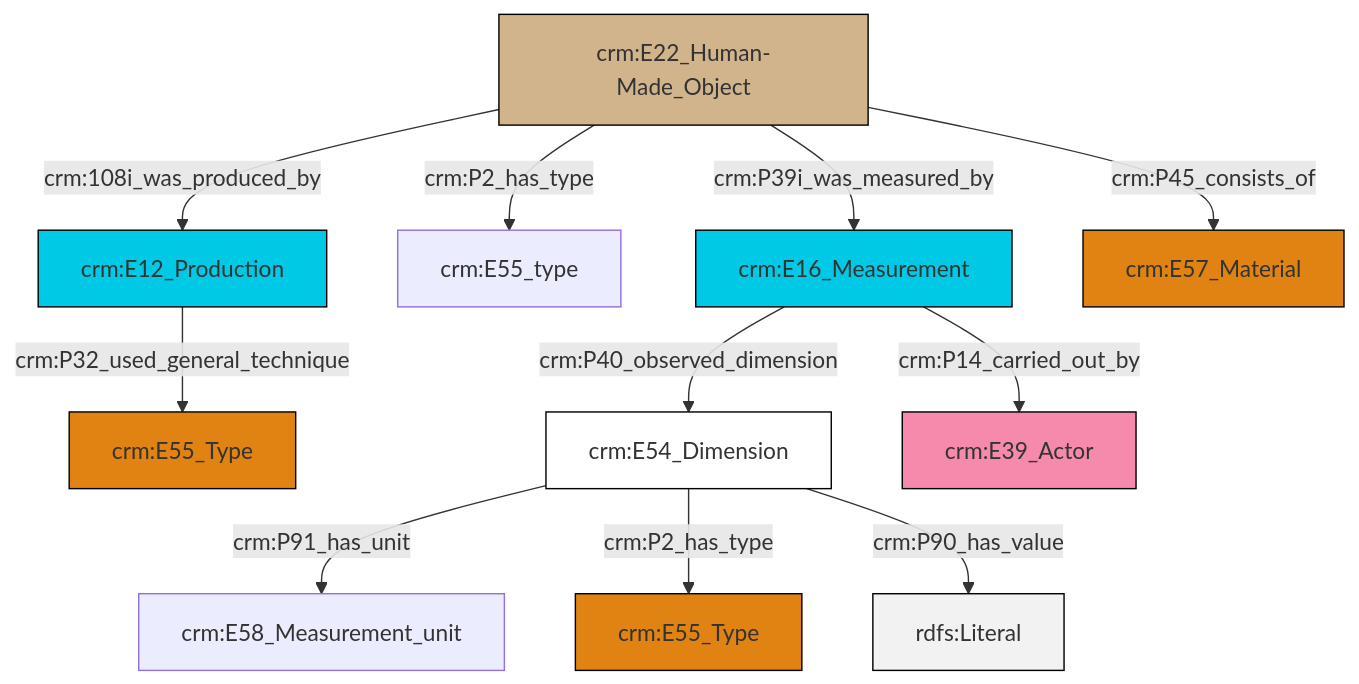
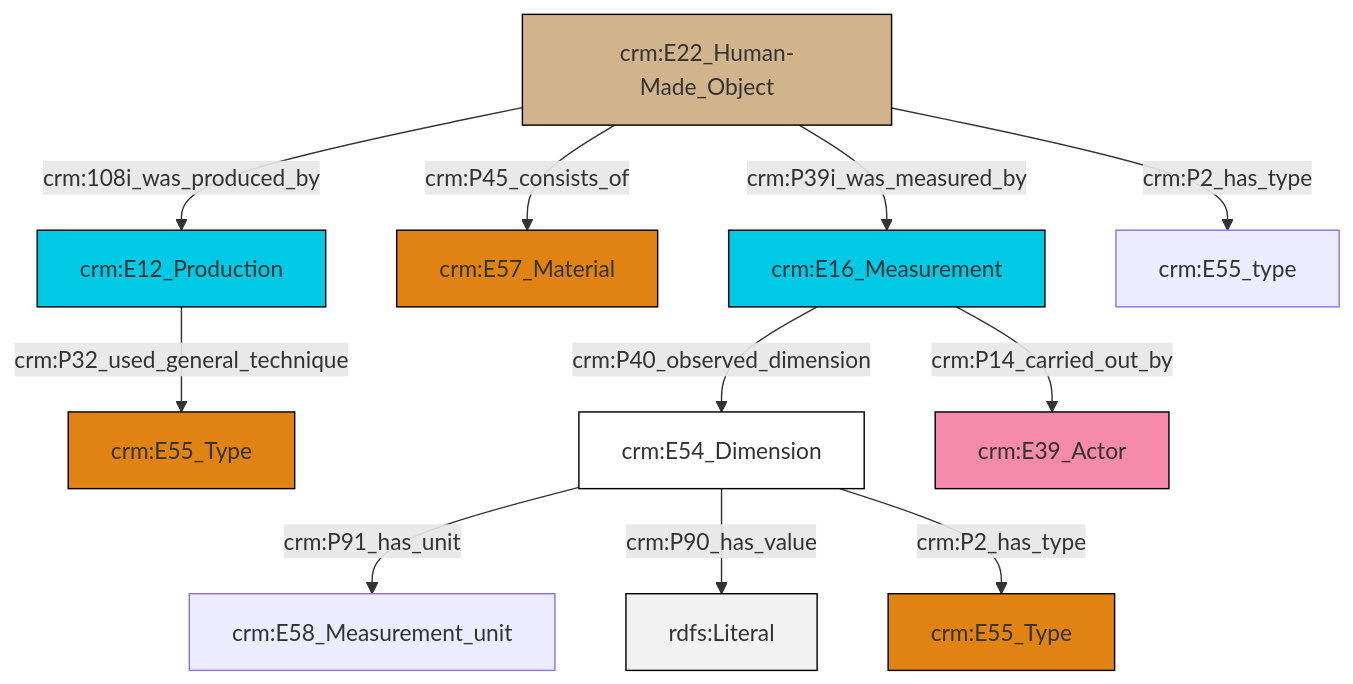
Before and after one commit to swiss-art-research-net/docs.swissartresearch: the diagram in et/artworkCSV/ttl/mmd/Artwork_substance.ttl.mmd, drawn with Mermaid. The commit also changed 173 other files, not shown here.

```diff
--- a/et/artworkCSV/ttl/mmd/Artwork_substance.ttl.mmd
+++ b/et/artworkCSV/ttl/mmd/Artwork_substance.ttl.mmd
@@ -1,25 +1,25 @@
 graph TD
 classDef Literal fill:#f2f2f2,stroke:#000000;
 classDef CRM_Entity fill:#FFFFFF,stroke:#000000;
 classDef Temporal_Entity fill:#00C9E6, stroke:#000000;
 classDef Type fill:#E18312, stroke:#000000;
 classDef Time-Span fill:#2C9C91, stroke:#000000;
 classDef Appellation fill:#FFEB7F, stroke:#000000;
 classDef Place fill:#008836, stroke:#000000;
 classDef Persistent_Item fill:#B266B2, stroke:#000000;
 classDef Conceptual_Object fill:#FFD700, stroke:#000000;
 classDef Physical_Thing fill:#D2B48C, stroke:#000000;
 classDef Actor fill:#f58aad, stroke:#000000;
 classDef PC_Classes fill:#4ce600, stroke:#000000;
 classDef Multi fill:#cccccc,stroke:#000000;
 
-2["crm:E22_Human-Made_Object"]:::Physical_Thing -->|crm:P2_has_type| 3["crm:E55_type"]:::Default
-8["crm:E12_Production"]:::Temporal_Entity -->|crm:P32_used_general_technique| 6["crm:E55_Type"]:::Type
-9["crm:E54_Dimension"]:::CRM_Entity -->|crm:P91_has_unit| 10["crm:E58_Measurement_unit"]:::Default
-0["crm:E16_Measurement"]:::Temporal_Entity -->|crm:P14_carried_out_by| 11["crm:E39_Actor"]:::Actor
-2["crm:E22_Human-Made_Object"]:::Physical_Thing -->|crm:108i_was_produced_by| 8["crm:E12_Production"]:::Temporal_Entity
-0["crm:E16_Measurement"]:::Temporal_Entity -->|crm:P40_observed_dimension| 9["crm:E54_Dimension"]:::CRM_Entity
-9["crm:E54_Dimension"]:::CRM_Entity -->|crm:P2_has_type| 14["crm:E55_Type"]:::Type
-2["crm:E22_Human-Made_Object"]:::Physical_Thing -->|crm:P39i_was_measured_by| 0["crm:E16_Measurement"]:::Temporal_Entity
-2["crm:E22_Human-Made_Object"]:::Physical_Thing -->|crm:P45_consists_of| 18["crm:E57_Material"]:::Type
-9["crm:E54_Dimension"]:::CRM_Entity -->|crm:P90_has_value| 20[rdfs:Literal]:::Literal
+0["crm:E12_Production"]:::Temporal_Entity -->|crm:P32_used_general_technique| 1["crm:E55_Type"]:::Type
+4["crm:E22_Human-Made_Object"]:::Physical_Thing -->|crm:P45_consists_of| 5["crm:E57_Material"]:::Type
+6["crm:E16_Measurement"]:::Temporal_Entity -->|crm:P14_carried_out_by| 7["crm:E39_Actor"]:::Actor
+6["crm:E16_Measurement"]:::Temporal_Entity -->|crm:P40_observed_dimension| 2["crm:E54_Dimension"]:::CRM_Entity
+2["crm:E54_Dimension"]:::CRM_Entity -->|crm:P91_has_unit| 8["crm:E58_Measurement_unit"]:::Default
+2["crm:E54_Dimension"]:::CRM_Entity -->|crm:P90_has_value| 11[rdfs:Literal]:::Literal
+2["crm:E54_Dimension"]:::CRM_Entity -->|crm:P2_has_type| 12["crm:E55_Type"]:::Type
+4["crm:E22_Human-Made_Object"]:::Physical_Thing -->|crm:P39i_was_measured_by| 6["crm:E16_Measurement"]:::Temporal_Entity
+4["crm:E22_Human-Made_Object"]:::Physical_Thing -->|crm:108i_was_produced_by| 0["crm:E12_Production"]:::Temporal_Entity
+4["crm:E22_Human-Made_Object"]:::Physical_Thing -->|crm:P2_has_type| 9["crm:E55_type"]:::Default
```
